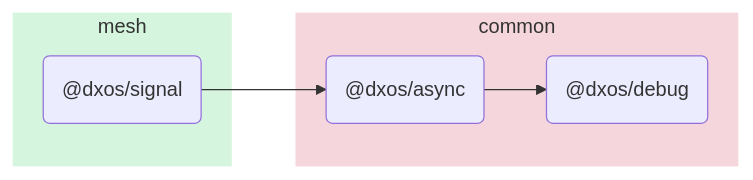
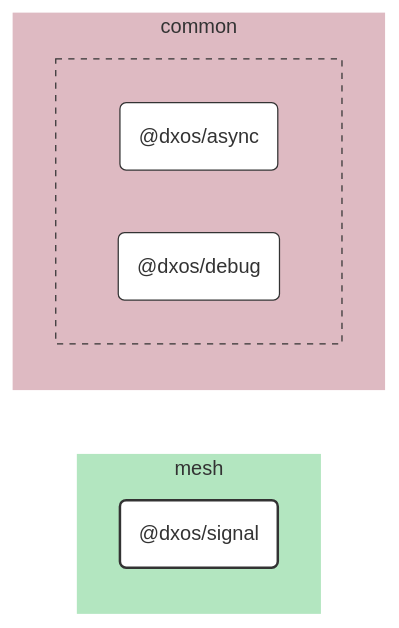
Before and after one commit to dxos/dxos: the diagram in packages/mesh/signal/docs/README.md, drawn with Mermaid. The commit also changed other lines of this file and 109 other files, not shown here.

````diff
--- a/packages/mesh/signal/docs/README.md
+++ b/packages/mesh/signal/docs/README.md
@@ -5,17 +7,41 @@
 ```mermaid
-flowchart LR;
+%%{ init: {'flowchart':{'curve':'basis'}} }%%
 
+flowchart LR
+
+%% Links
+
+%% Sections
 subgraph mesh
-  style mesh fill:#d6f5de,stroke:#fff;
-  dxos/signal("@dxos/signal");
+  style mesh fill:#b3e6c0,stroke:#fff;
+
+  dxos/signal("@dxos/signal")
 end
 
 subgraph common
-  style common fill:#f5d6dd,stroke:#fff;
-  dxos/async("@dxos/async");
-  dxos/debug("@dxos/debug");
+  style common fill:#debac2,stroke:#fff;
+
+
+  subgraph common-excluded [ ]
+    style common-excluded fill:#debac2,stroke:#333,stroke-dasharray:5 5;
+
+    dxos/async("@dxos/async")
+    dxos/debug("@dxos/debug")
+  end
 end
 
-dxos/signal --> dxos/async;
-dxos/async --> dxos/debug;
+
+%% Hyperlinks
+click dxos/async href "https:/github.com/dxos/dxos/tree/main/packages/common/async/docs";
+click dxos/debug href "https:/github.com/dxos/dxos/tree/main/packages/common/debug/docs";
+
+%% Styles
+classDef rootNode fill:#fff,stroke:#333,stroke-width:2px
+classDef defaultNode fill:#fff,stroke:#333,stroke-width:1px
+linkStyle default stroke:#333,stroke-width:1px
+
+dxos/signal:::rootNode
+
+dxos/async:::defaultNode
+dxos/debug:::defaultNode
 ```
````
